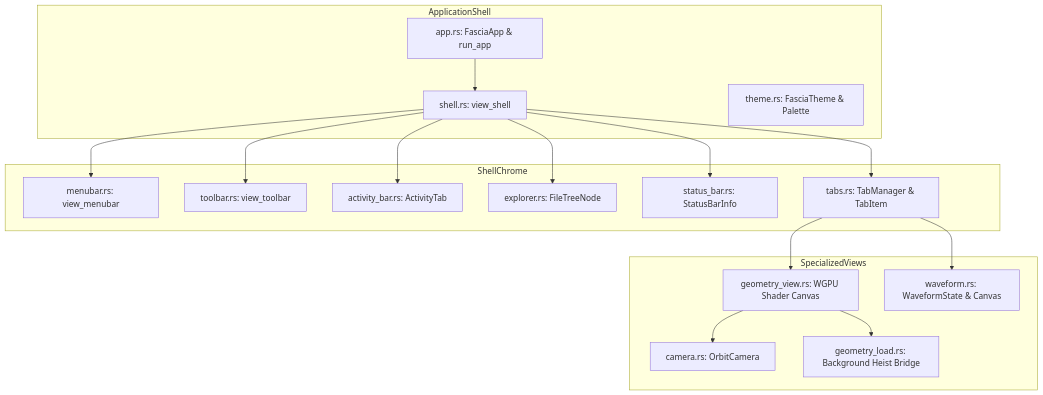
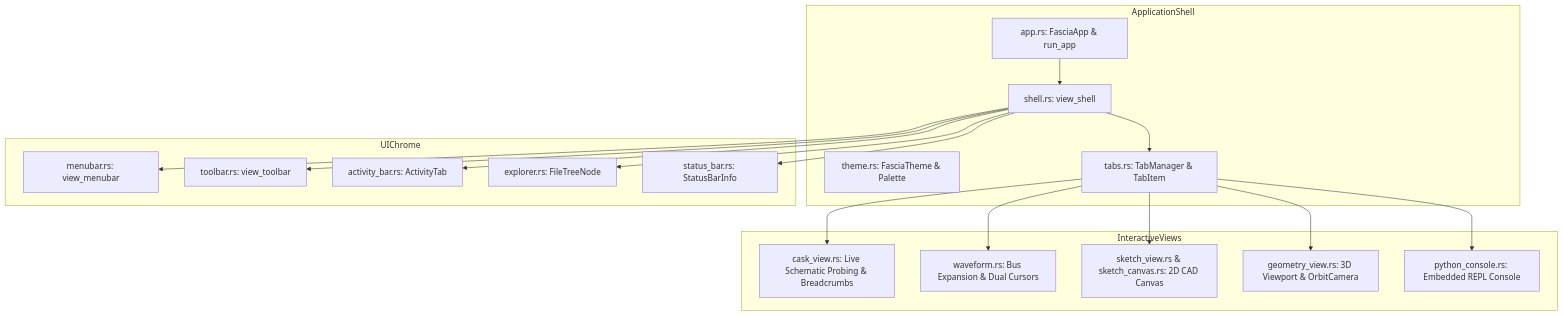
The diagram in wiki/modules/fascia.md (jswarup/Trellis), drawn with Mermaid before and after one commit. The commit also changed other lines of this file and 16 other files, not shown here.

````diff
--- a/wiki/modules/fascia.md
+++ b/wiki/modules/fascia.md
@@ -52,34 +28,36 @@
 ```mermaid
 flowchart TD
     subgraph ApplicationShell
         App[app.rs: FasciaApp & run_app]
         Shell[shell.rs: view_shell]
         Theme[theme.rs: FasciaTheme & Palette]
+        Tabs[tabs.rs: TabManager & TabItem]
     end
-    subgraph ShellChrome
+    subgraph InteractiveViews
+        CaskView[cask_view.rs: Live Schematic Probing & Breadcrumbs]
+        WaveformView[waveform.rs: Bus Expansion & Dual Cursors]
+        SketchView[sketch_view.rs & sketch_canvas.rs: 2D CAD Canvas]
+        GeoView[geometry_view.rs: 3D Viewport & OrbitCamera]
+        PyConsole[python_console.rs: Embedded REPL Console]
+    end
+    subgraph UIChrome
         MenuBar[menubar.rs: view_menubar]
         ToolBar[toolbar.rs: view_toolbar]
         ActBar[activity_bar.rs: ActivityTab]
         Explorer[explorer.rs: FileTreeNode]
         StatusBar[status_bar.rs: StatusBarInfo]
-        Tabs[tabs.rs: TabManager & TabItem]
-    end
-    subgraph SpecializedViews
-        GeoView[geometry_view.rs: WGPU Shader Canvas]
-        Camera[camera.rs: OrbitCamera]
-        GeoLoad[geometry_load.rs: Background Heist Bridge]
-        Waveform[waveform.rs: WaveformState & Canvas]
     end
 
     App --> Shell
     Shell --> MenuBar
     Shell --> ToolBar
     Shell --> ActBar
     Shell --> Explorer
     Shell --> Tabs
     Shell --> StatusBar
+    Tabs --> CaskView
+    Tabs --> WaveformView
+    Tabs --> SketchView
     Tabs --> GeoView
-    Tabs --> Waveform
-    GeoView --> Camera
-    GeoView --> GeoLoad
+    Tabs --> PyConsole
 ```
````
